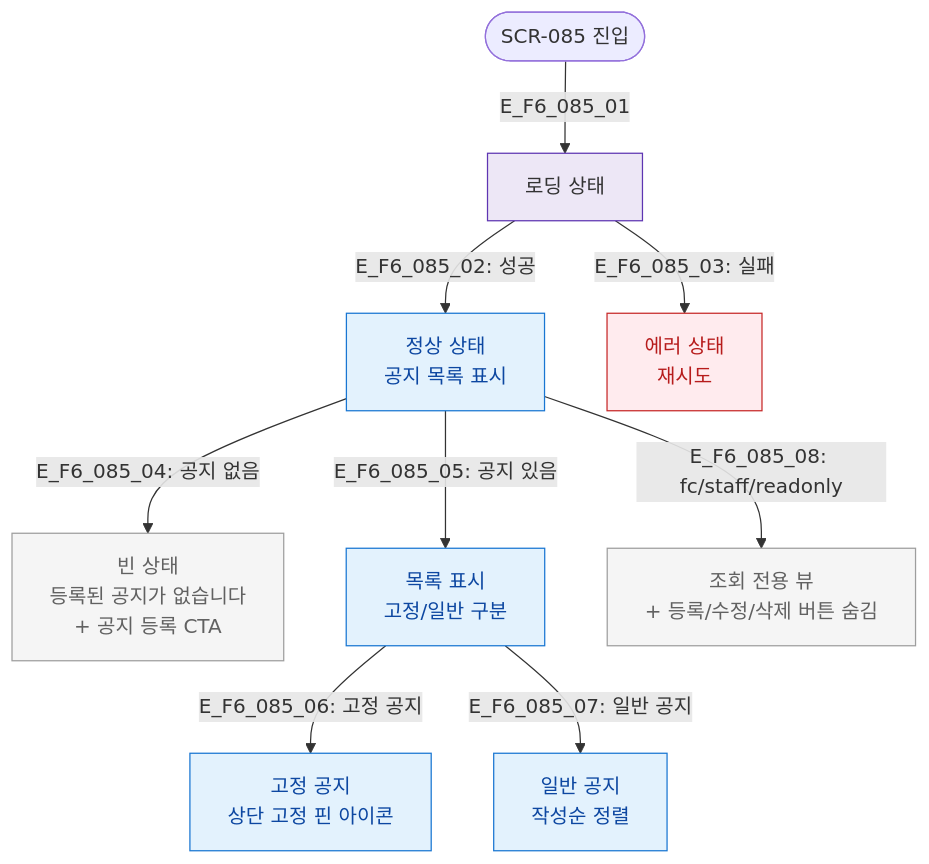
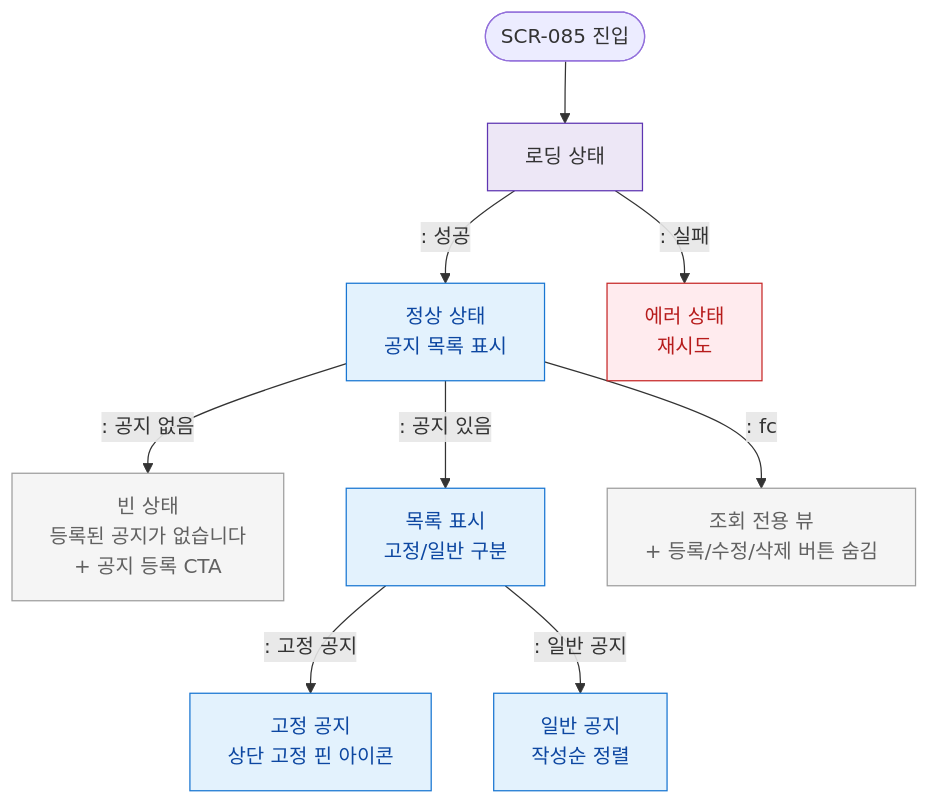
The diagram in docs/다이어그램/D09_설정관리/SCR-085_공지사항관리/F6_상태별화면.md (dev-spogym/admin-pando), drawn with Mermaid before and after one commit. The commit also changed other lines of this file and 1660 other files, not shown here.

First line of the commit message:
다이어그램: 기획자/클라이언트 납품본으로 정리

````diff
--- a/docs/다이어그램/D09_설정관리/SCR-085_공지사항관리/F6_상태별화면.md
+++ b/docs/다이어그램/D09_설정관리/SCR-085_공지사항관리/F6_상태별화면.md
@@ -14,23 +12,23 @@
 ```mermaid
 flowchart TD
-    Entry([SCR-085 진입]) -->|E_F6_085_01| Loading[로딩 상태]
-    Loading -->|"E_F6_085_02: 성공"| Normal[정상 상태\n공지 목록 표시]
-    Loading -->|"E_F6_085_03: 실패"| ErrorState[에러 상태\n재시도]
+    Entry([SCR-085 진입]) --> Loading[로딩 상태]
+    Loading -->|": 성공"|Normal[정상 상태\n공지 목록 표시]
+    Loading -->|": 실패"|ErrorState[에러 상태\n재시도]
 
-    Normal -->|"E_F6_085_04: 공지 없음"| Empty[빈 상태\n등록된 공지가 없습니다\n+ 공지 등록 CTA]
-    Normal -->|"E_F6_085_05: 공지 있음"| HasNotices[목록 표시\n고정/일반 구분]
+    Normal -->|": 공지 없음"|Empty[빈 상태\n등록된 공지가 없습니다\n+ 공지 등록 CTA]
+    Normal -->|": 공지 있음"|HasNotices[목록 표시\n고정/일반 구분]
 
-    HasNotices -->|"E_F6_085_06: 고정 공지"| Pinned[고정 공지\n상단 고정 핀 아이콘]
-    HasNotices -->|"E_F6_085_07: 일반 공지"| Regular[일반 공지\n작성순 정렬]
+    HasNotices -->|": 고정 공지"|Pinned[고정 공지\n상단 고정 핀 아이콘]
+    HasNotices -->|": 일반 공지"|Regular[일반 공지\n작성순 정렬]
 
-    Normal -->|"E_F6_085_08: fc/staff/readonly"| ReadOnlyView[조회 전용 뷰\n+ 등록/수정/삭제 버튼 숨김]
+    Normal -->|": fc"|ReadOnlyView[조회 전용 뷰\n+ 등록/수정/삭제 버튼 숨김]
 
     classDef screen fill:#E3F2FD,stroke:#1976D2,color:#0D47A1
     classDef error fill:#FFEBEE,stroke:#C62828,color:#B71C1C
     classDef system fill:#EDE7F6,stroke:#5E35B2
     classDef rbacBlocked fill:#F5F5F5,stroke:#9E9E9E,color:#616161
     class Normal,HasNotices,Pinned,Regular screen
     class ErrorState error
     class Loading system
     class ReadOnlyView,Empty rbacBlocked
 ```
````
